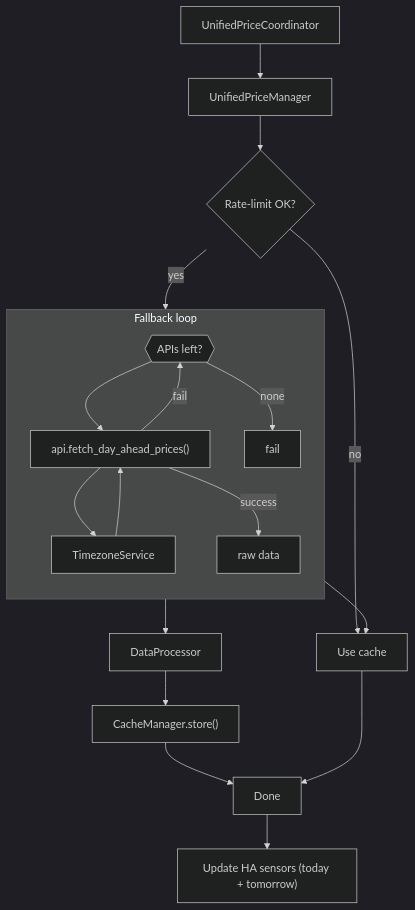
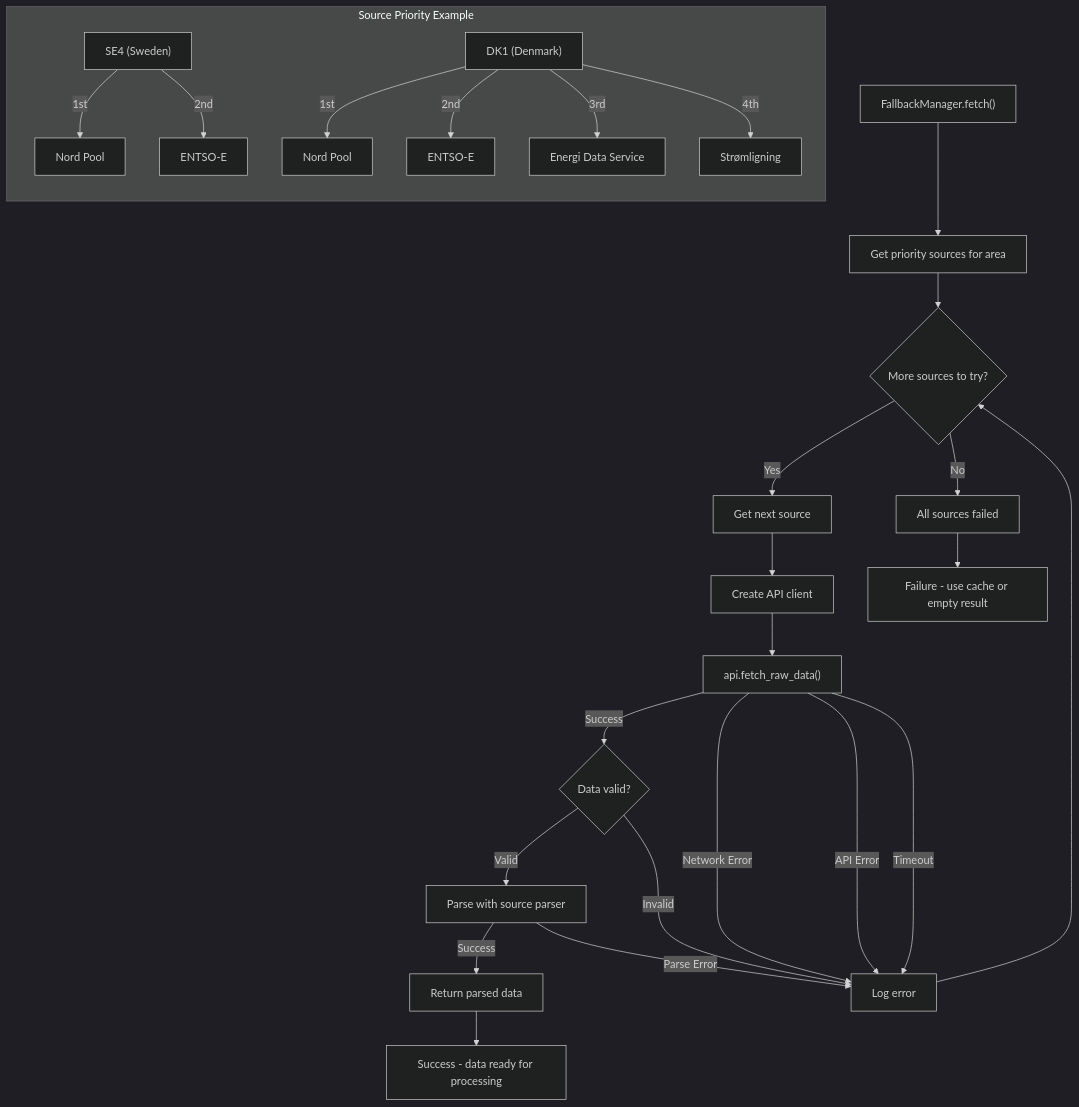
One commit to enoch85/ge-spot changed the fourth of 4 diagrams in README.md. Above: the diagram before and after it, drawn with Mermaid (dark theme). The commit also changed other lines of this file, not shown here.

````diff
--- a/README.md
+++ b/README.md
@@ -389,23 +558,38 @@
 ```mermaid
 flowchart TD
-    Coord["UnifiedPriceCoordinator"] --> UPM["UnifiedPriceManager"]
-    UPM --> RL{"Rate-limit OK?"}
-    RL -- no --> Cache["Use cache"]
-    RL -- yes --> FM["FallbackManager"]
-
-    subgraph FM["Fallback loop"]
+    FallbackStart["FallbackManager.fetch()"] --> GetSources["Get priority sources for area"]
+    GetSources --> SourceLoop{"More sources to try?"}
+    
+    SourceLoop --> |"Yes"| NextSource["Get next source"]
+    SourceLoop --> |"No"| FallbackFail["All sources failed"]
+    
+    NextSource --> CreateAPI["Create API client"]
+    CreateAPI --> APIFetch["api.fetch_raw_data()"]
+    
+    APIFetch --> |"Success"| ValidateData{"Data valid?"}
+    APIFetch --> |"Network Error"| LogError["Log error"]
+    APIFetch --> |"API Error"| LogError
+    APIFetch --> |"Timeout"| LogError
+    
+    ValidateData --> |"Valid"| ParseData["Parse with source parser"]
+    ValidateData --> |"Invalid"| LogError
+    
+    ParseData --> |"Success"| FallbackSuccess["Return parsed data"]
+    ParseData --> |"Parse Error"| LogError
+    
+    LogError --> SourceLoop
+    
+    FallbackSuccess --> End["Success - data ready for processing"]
+    FallbackFail --> End2["Failure - use cache or empty result"]
+    
+    subgraph SourcePriority["Source Priority Example"]
         direction TB
-        More{{"APIs left?"}} --> APICall["api.fetch_day_ahead_prices()"]
-        APICall --> TZ["TimezoneService"]
-        TZ --> APICall
-        APICall -- success --> Raw["raw data"]
-        APICall -- fail --> More
-        More -- none --> Fail["fail"]
+        SE4["SE4 (Sweden)"] --> |"1st"| Nordpool["Nord Pool"]
+        SE4 --> |"2nd"| ENTSOE["ENTSO-E"]
+        
+        DK1["DK1 (Denmark)"] --> |"1st"| NordpoolDK["Nord Pool"]
+        DK1 --> |"2nd"| ENTSODK["ENTSO-E"] 
+        DK1 --> |"3rd"| EnergiData["Energi Data Service"]
+        DK1 --> |"4th"| Stromligning["Strømligning"]
     end
-
-    Raw --> Proc["DataProcessor"] --> Store["CacheManager.store()"] --> Done
-    Fail --> Cache
-    Cache --> Done
-
-    Done --> Sensors["Update HA sensors (today + tomorrow)"]
 ```
````
